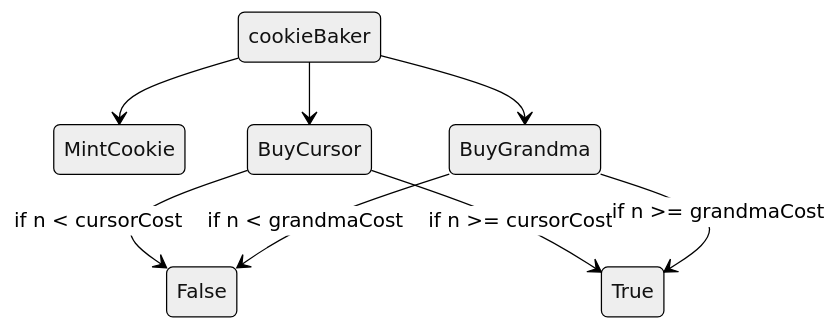
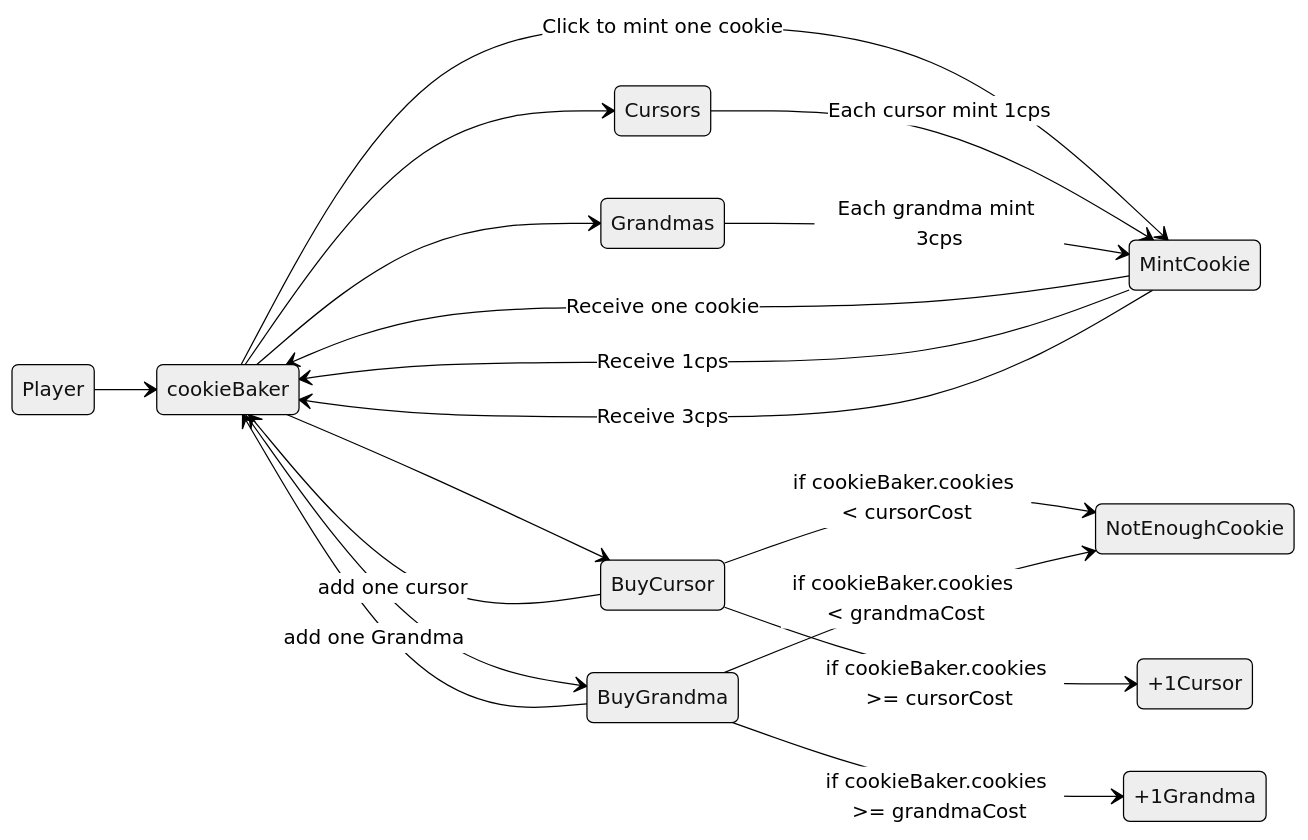
Before and after one commit to marigold-dev/decookies: the first of 2 diagrams in README.md, drawn with Mermaid (neutral theme). The commit also changed other lines of this file and 1 other file, not shown here.

Commit message:
update state machine diagram and homepage

````diff
--- a/README.md
+++ b/README.md
@@ -66,12 +65,23 @@
 ```mermaid
 stateDiagram-v2
-    cookieBaker --> MintCookie
+    direction LR
+    Player --> cookieBaker
+    cookieBaker --> Cursors
+    cookieBaker --> Grandmas
+    cookieBaker --> MintCookie : Click to mint one cookie
+    MintCookie --> cookieBaker : Receive one cookie
     state BuyCursor <<BuyCursor>>
         cookieBaker --> BuyCursor
-        BuyCursor --> False: if n < cursorCost
-        BuyCursor --> True : if n >= cursorCost
+        BuyCursor --> NotEnoughCookie: if cookieBaker.cookies < cursorCost
+        BuyCursor --> +1Cursor : if cookieBaker.cookies >= cursorCost
+        BuyCursor --> cookieBaker: add one cursor
     state BuyGrandma <<BuyGrandma>>
         cookieBaker --> BuyGrandma
-        BuyGrandma --> False: if n < grandmaCost
-        BuyGrandma --> True : if n >= grandmaCost
+        BuyGrandma --> NotEnoughCookie: if cookieBaker.cookies < grandmaCost
+        BuyGrandma --> +1Grandma : if cookieBaker.cookies >= grandmaCost
+        BuyGrandma --> cookieBaker: add one Grandma
+    Cursors --> MintCookie : Each cursor mint 1cps
+    MintCookie --> cookieBaker : Receive 1cps
+    Grandmas --> MintCookie : Each grandma mint 3cps
+    MintCookie --> cookieBaker : Receive 3cps
 ```
````
